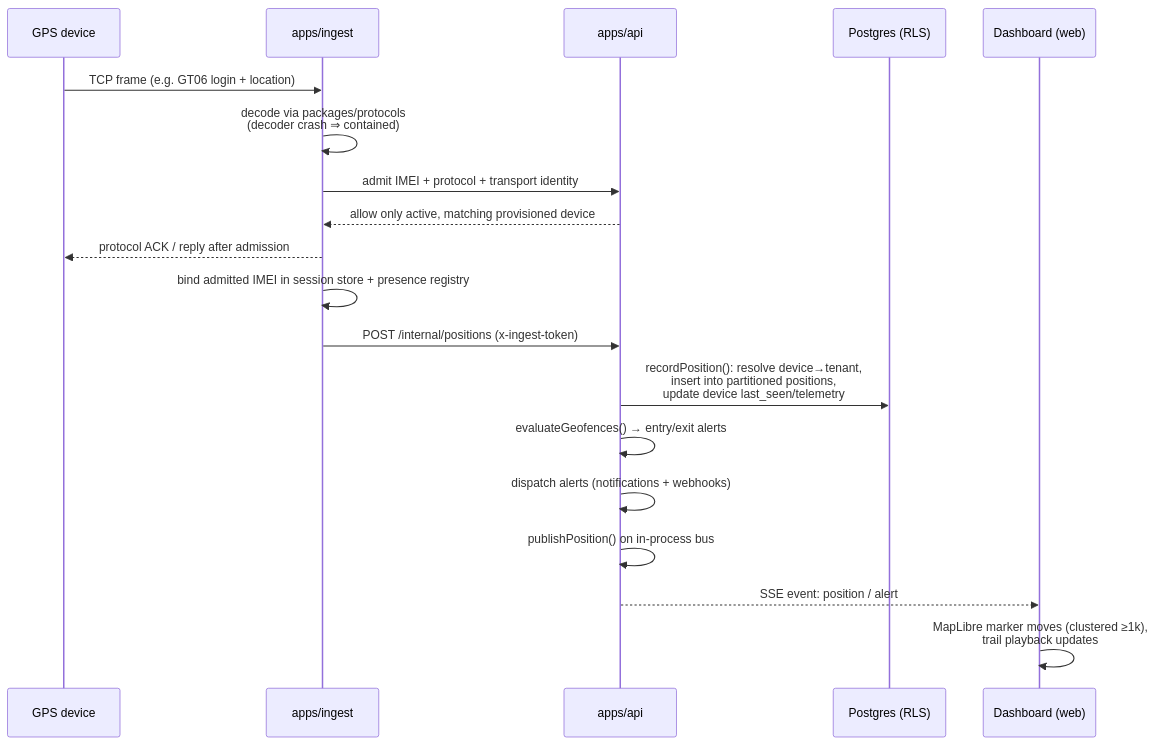
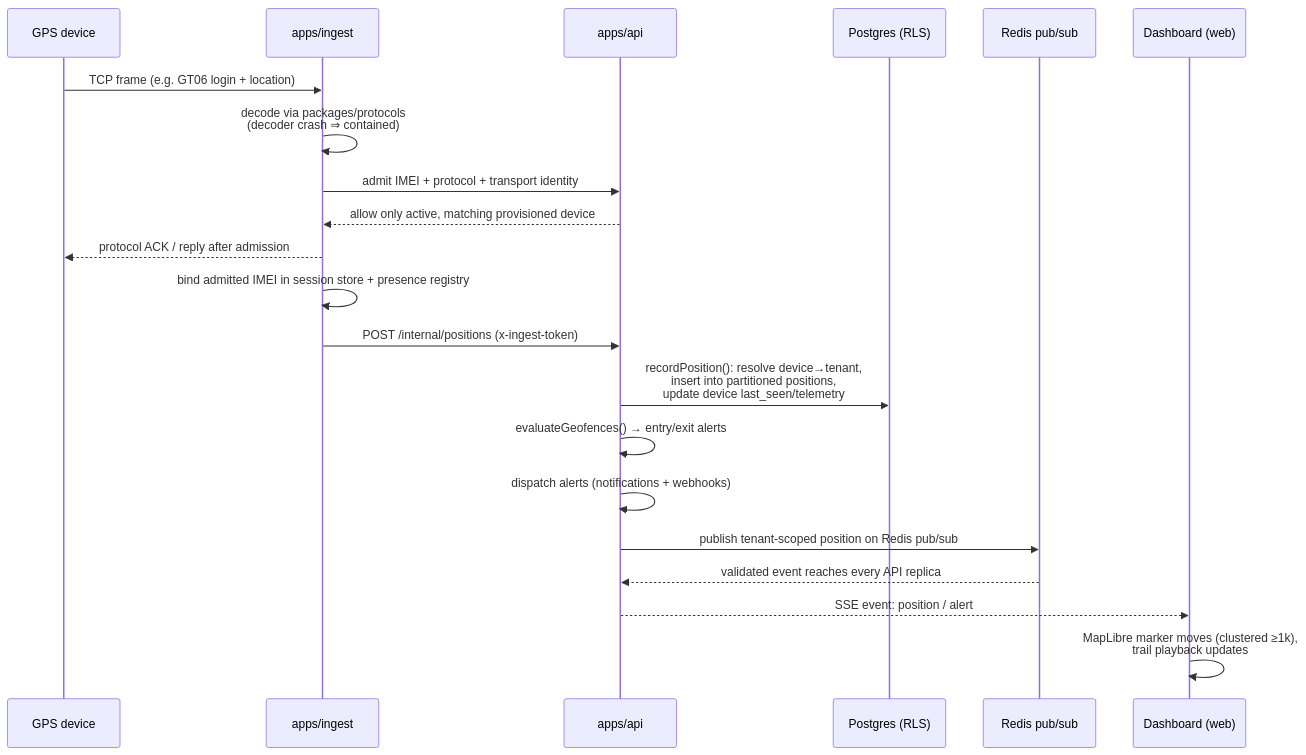
One commit to vins13pattar/trackflow-open-source changed the second of 4 diagrams in docs/ARCHITECTURE.md. Above: the diagram before and after it, drawn with Mermaid. The commit also changed other lines of this file and 33 other files, not shown here.

````diff
--- a/docs/ARCHITECTURE.md
+++ b/docs/ARCHITECTURE.md
@@ -84,22 +85,24 @@
 ```mermaid
 sequenceDiagram
   participant D as GPS device
   participant I as apps/ingest
   participant A as apps/api
   participant P as Postgres (RLS)
+  participant R as Redis pub/sub
   participant W as Dashboard (web)
 
   D->>I: TCP frame (e.g. GT06 login + location)
   I->>I: decode via packages/protocols<br/>(decoder crash ⇒ contained)
   I->>A: admit IMEI + protocol + transport identity
   A-->>I: allow only active, matching provisioned device
   I-->>D: protocol ACK / reply after admission
   I->>I: bind admitted IMEI in session store + presence registry
   I->>A: POST /internal/positions (x-ingest-token)
   A->>P: recordPosition(): resolve device→tenant,<br/>insert into partitioned positions,<br/>update device last_seen/telemetry
   A->>A: evaluateGeofences() → entry/exit alerts
   A->>A: dispatch alerts (notifications + webhooks)
-  A->>A: publishPosition() on in-process bus
+  A->>R: publish tenant-scoped position on Redis pub/sub
+  R-->>A: validated event reaches every API replica
   A-->>W: SSE event: position / alert
   W->>W: MapLibre marker moves (clustered ≥1k),<br/>trail playback updates
 ```
````
